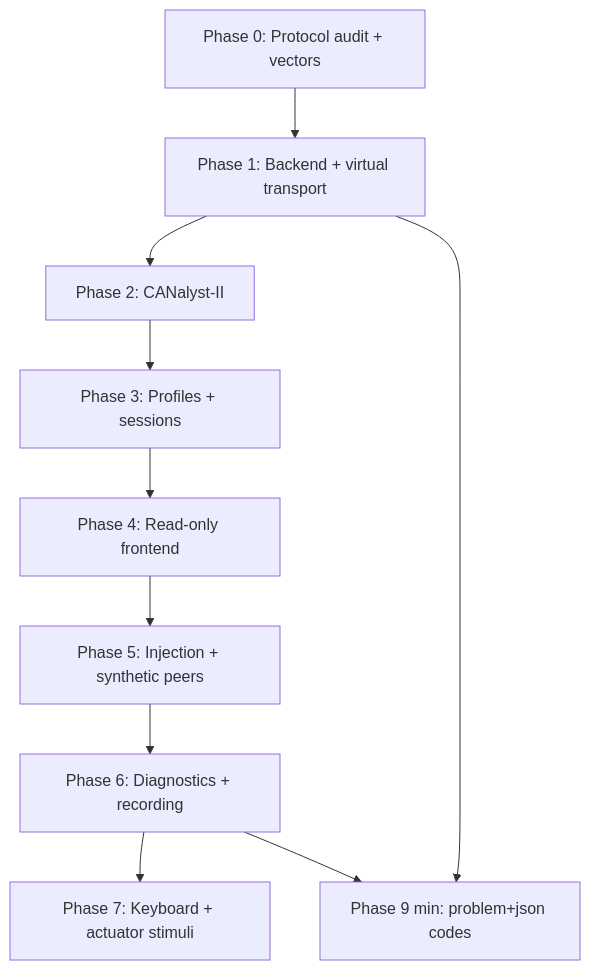
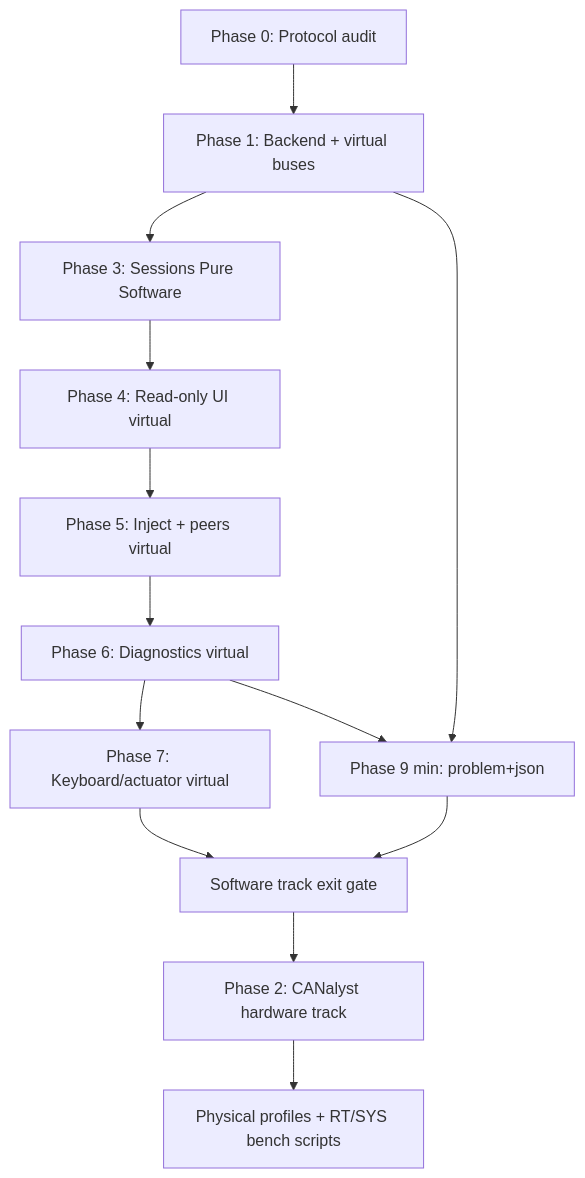
The diagram in control-toolkit/workplan.md (shakilapr/etrike), drawn with Mermaid before and after one commit. The commit also changed other lines of this file and 33 other files, not shown here.

````diff
--- a/control-toolkit/workplan.md
+++ b/control-toolkit/workplan.md
@@ -995,12 +1080,15 @@
 ```mermaid
 flowchart TD
-    P0[Phase 0: Protocol audit + vectors] --> P1[Phase 1: Backend + virtual transport]
-    P1 --> P2[Phase 2: CANalyst-II]
-    P2 --> P3[Phase 3: Profiles + sessions]
-    P3 --> P4[Phase 4: Read-only frontend]
-    P4 --> P5[Phase 5: Injection + synthetic peers]
-    P5 --> P6[Phase 6: Diagnostics + recording]
-    P6 --> P7[Phase 7: Keyboard + actuator stimuli]
-    P1 --> P9min[Phase 9 min: problem+json codes]
+    P0[Phase 0: Protocol audit] --> P1[Phase 1: Backend + virtual buses]
+    P1 --> P3[Phase 3: Sessions Pure Software]
+    P3 --> P4[Phase 4: Read-only UI virtual]
+    P4 --> P5[Phase 5: Inject + peers virtual]
+    P5 --> P6[Phase 6: Diagnostics virtual]
+    P6 --> P7[Phase 7: Keyboard/actuator virtual]
+    P1 --> P9min[Phase 9 min: problem+json]
     P6 --> P9min
+    P7 --> SWDONE[Software track exit gate]
+    P9min --> SWDONE
+    SWDONE --> P2[Phase 2: CANalyst hardware track]
+    P2 --> HWBENCH[Physical profiles + RT/SYS bench scripts]
 ```
````
